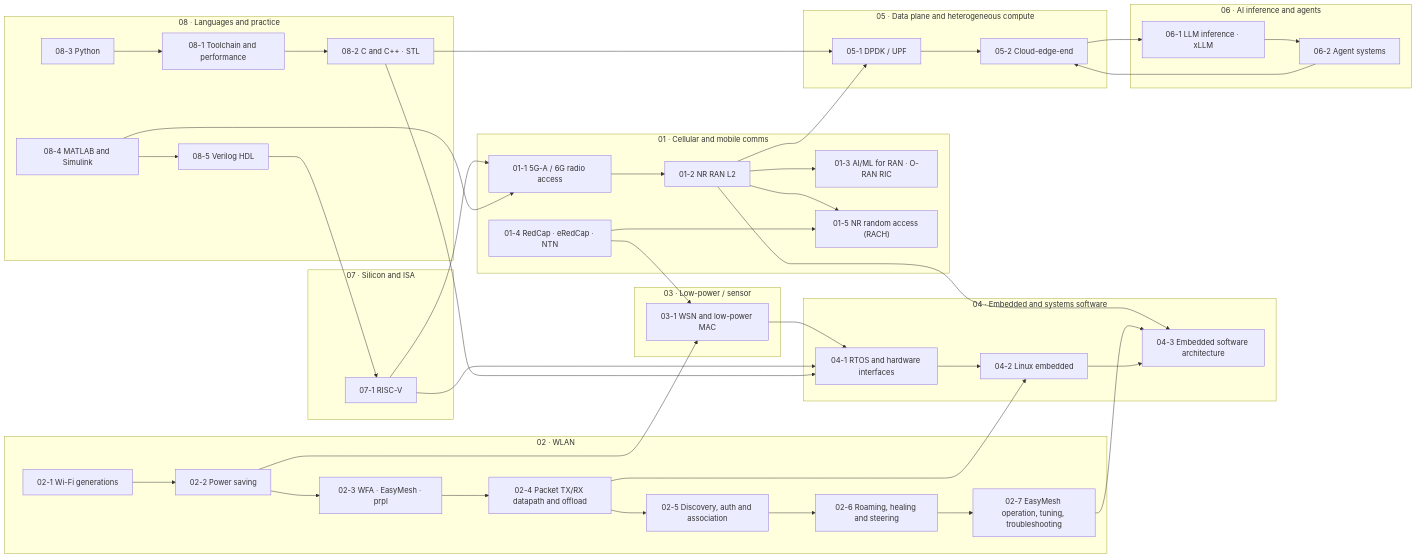
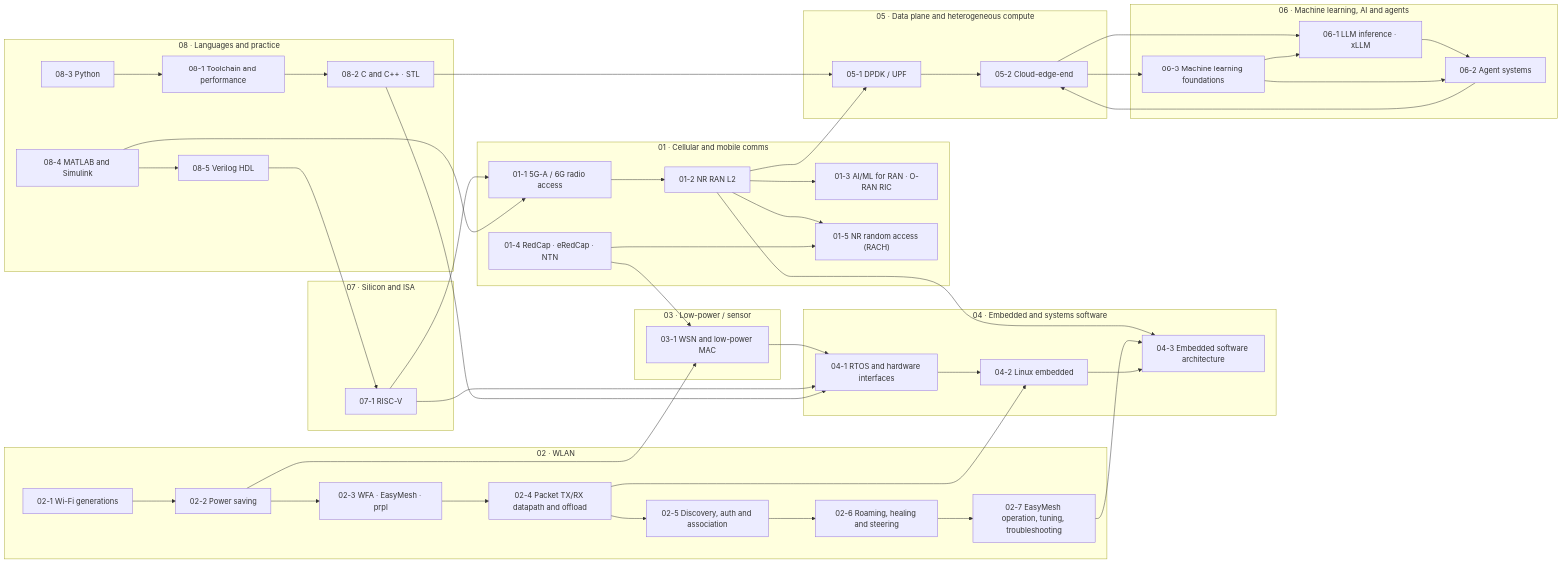
The second of 2 diagrams in knowledge-graph/00 MOC - Comms x Compute x AI Knowledge Graph.md (washingtonxr/xSkills), drawn with Mermaid before and after one commit. The commit also changed other lines of this file and 12 other files, not shown here.

````diff
--- a/knowledge-graph/00 MOC - Comms x Compute x AI Knowledge Graph.md
+++ b/knowledge-graph/00 MOC - Comms x Compute x AI Knowledge Graph.md
@@ -71,72 +71,76 @@
 ```mermaid
 flowchart LR
     subgraph g1["01 · Cellular and mobile comms"]
         c1["01-1 5G-A / 6G radio access"]
         c2["01-2 NR RAN L2"]
         c3["01-3 AI/ML for RAN · O-RAN RIC"]
         c4["01-4 RedCap · eRedCap · NTN"]
         c5["01-5 NR random access (RACH)"]
     end
     subgraph g2["02 · WLAN"]
         w1["02-1 Wi-Fi generations"]
         w2["02-2 Power saving"]
         w3["02-3 WFA · EasyMesh · prpl"]
         w4["02-4 Packet TX/RX datapath and offload"]
         w5["02-5 Discovery, auth and association"]
         w6["02-6 Roaming, healing and steering"]
         w7["02-7 EasyMesh operation, tuning, troubleshooting"]
     end
     subgraph g3["03 · Low-power / sensor"]
         s1["03-1 WSN and low-power MAC"]
     end
     subgraph g4["04 · Embedded and systems software"]
         e1["04-1 RTOS and hardware interfaces"]
         e2["04-2 Linux embedded"]
         e3["04-3 Embedded software architecture"]
     end
     subgraph g5["05 · Data plane and heterogeneous compute"]
         d1["05-1 DPDK / UPF"]
         d2["05-2 Cloud-edge-end"]
     end
-    subgraph g6["06 · AI inference and agents"]
+    subgraph g6["06 · Machine learning, AI and agents"]
         i1["06-1 LLM inference · xLLM"]
         i2["06-2 Agent systems"]
+        i3["06-3 Machine learning foundations"]
     end
     subgraph g7["07 · Silicon and ISA"]
         r1["07-1 RISC-V"]
     end
     subgraph g8["08 · Languages and practice"]
         p1["08-1 Toolchain and performance"]
         p2["08-2 C and C++ · STL"]
         p3["08-3 Python"]
         p4["08-4 MATLAB and Simulink"]
         p5["08-5 Verilog HDL"]
     end
 
     c1 --> c2 --> c3
     c2 --> c5
     c4 --> c5
     c2 --> e3
     c4 --> s1
     w1 --> w2 --> w3
     w3 --> w4
     w4 --> w5
     w5 --> w6
     w6 --> w7
     w7 --> e3
     w4 --> e2
     w2 --> s1 --> e1
     e1 --> e2 --> e3
     c2 --> d1 --> d2
     d2 --> i1 --> i2
     i2 --> d2
+    d2 --> i3
+    i3 --> i1
+    i3 --> i2
     r1 --> c1
     r1 --> e1
     p2 --> e1
     p2 --> d1
     p1 --> p2
     p3 --> p1
     p4 --> c1
     p4 --> p5
     p5 --> r1
 ```
````
